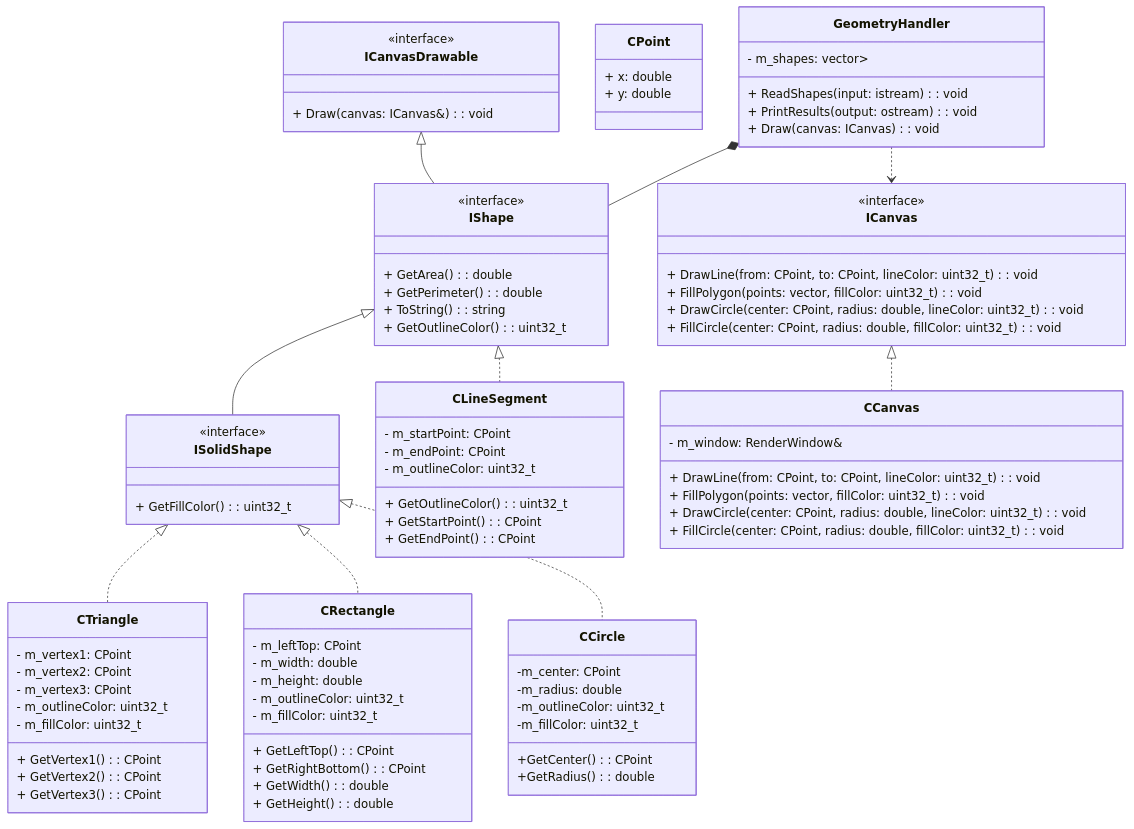
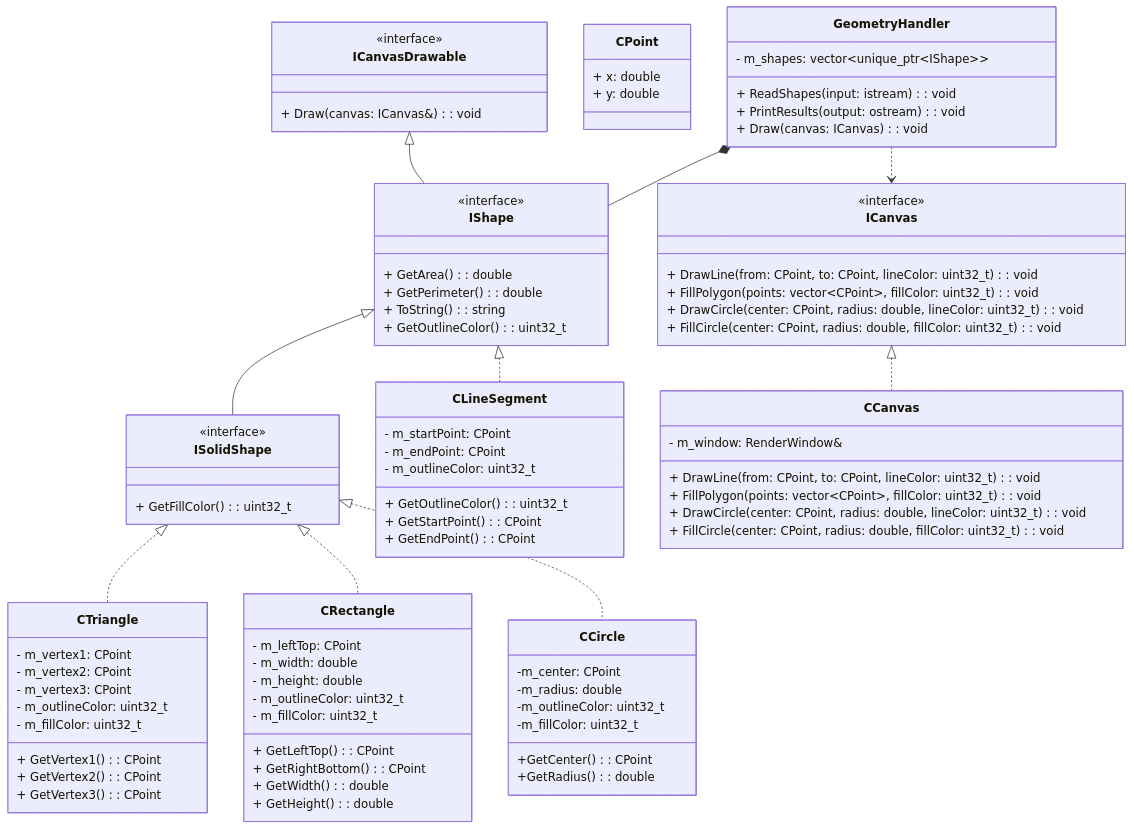
Before and after one commit to Obamium3157/oop: the diagram in lab4/task1/README.md, drawn with Mermaid. The commit also changed 2 other files, not shown here.

Commit message:
lab4 task1 Небольшие правки #2

```diff
--- a/lab4/task1/README.md
+++ b/lab4/task1/README.md
@@ -12,7 +12,7 @@
     class ICanvas {
         <<interface>>
         + DrawLine(from: CPoint, to: CPoint, lineColor: uint32_t): void
-        + FillPolygon(points: vector<CPoint>, fillColor: uint32_t): void
+        + FillPolygon(points: vector~CPoint~, fillColor: uint32_t): void
         + DrawCircle(center: CPoint, radius: double, lineColor: uint32_t): void
         + FillCircle(center: CPoint, radius: double, fillColor: uint32_t): void
     }
@@ -20,7 +20,7 @@
     class CCanvas {
         - m_window: RenderWindow&
         + DrawLine(from: CPoint, to: CPoint, lineColor: uint32_t): void
-        + FillPolygon(points: vector<CPoint>, fillColor: uint32_t): void
+        + FillPolygon(points: vector~CPoint~, fillColor: uint32_t): void
         + DrawCircle(center: CPoint, radius: double, lineColor: uint32_t): void
         + FillCircle(center: CPoint, radius: double, fillColor: uint32_t): void
     }
@@ -85,7 +85,7 @@
     }
 
     class GeometryHandler {
-        - m_shapes: vector<unique_ptr<IShape>>
+        - m_shapes: vector~unique_ptr~IShape~~
         + ReadShapes(input: istream): void
         + PrintResults(output: ostream): void
         + Draw(canvas: ICanvas): void
```
